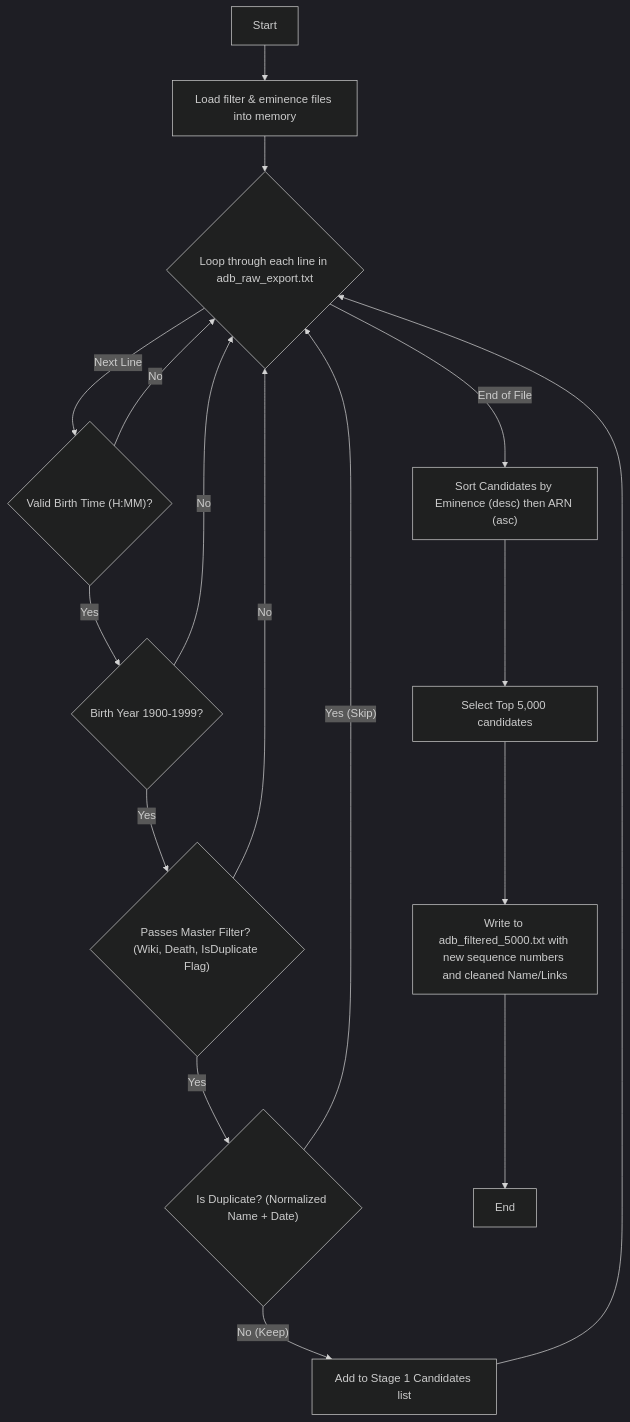
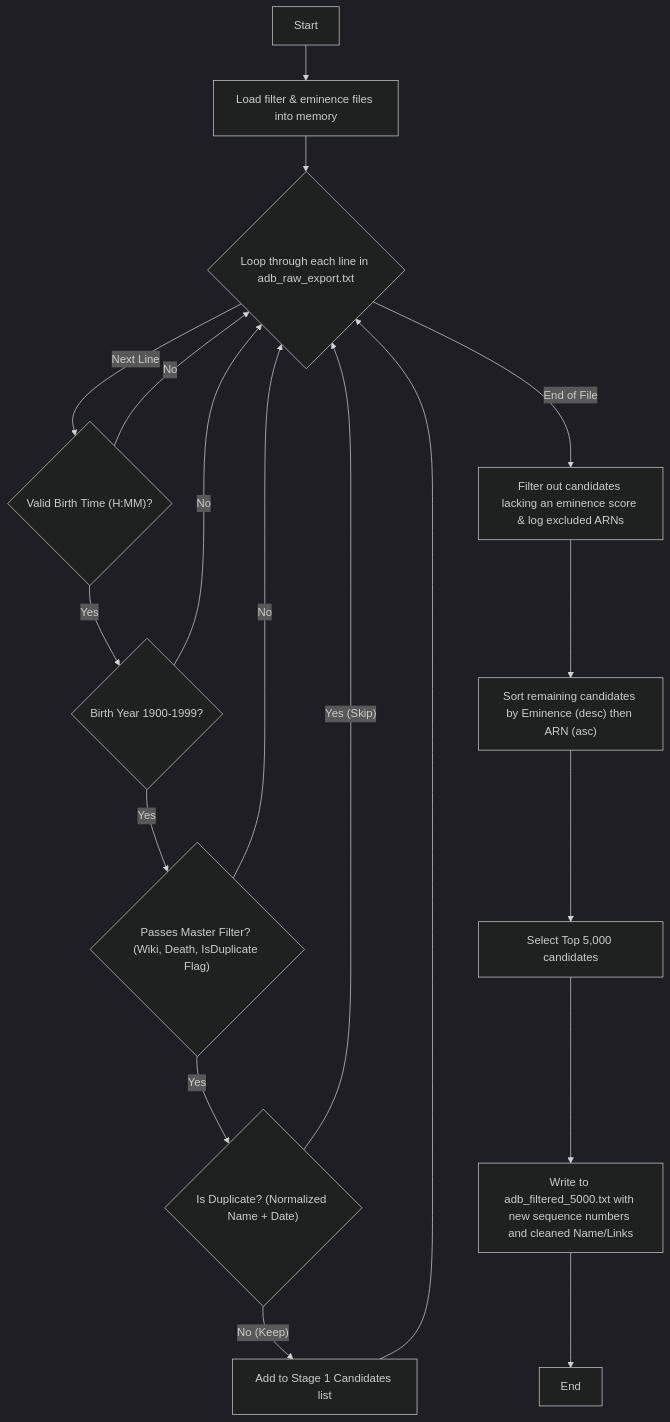
The diagram in docs/diagrams/logic_prep_filtering.mmd (peterjmarko/llm-narrative-framework), drawn with Mermaid (dark theme) before and after one commit. The commit also changed 9 other files, not shown here.

```diff
--- a/docs/diagrams/logic_prep_filtering.mmd
+++ b/docs/diagrams/logic_prep_filtering.mmd
@@ -1,17 +1,18 @@
 graph TD
     A[Start] --> B[Load filter & eminence files into memory];
     B --> C{Loop through each line in adb_raw_export.txt};
     C -- "Next Line" --> D{"Valid Birth Time (H:MM)?"};
     D -- No --> C;
     D -- Yes --> E{"Birth Year 1900-1999?"};
     E -- No --> C;
     E -- Yes --> F{"Passes Master Filter? (Wiki, Death, IsDuplicate Flag)"};
     F -- No --> C;
     F -- Yes --> F2{"Is Duplicate? (Normalized Name + Date)"};
     F2 -- "Yes (Skip)" --> C;
     F2 -- "No (Keep)" --> G[Add to Stage 1 Candidates list];
     G --> C;
-    C -- "End of File" --> H["Sort Candidates by Eminence (desc) then ARN (asc)"];
+    C -- "End of File" --> H0[Filter out candidates lacking an eminence score & log excluded ARNs];
+    H0 --> H["Sort remaining candidates by Eminence (desc) then ARN (asc)"];
     H --> I["Select Top 5,000 candidates"];
     I --> J["Write to adb_filtered_5000.txt with new sequence numbers and cleaned Name/Links"];
     J --> K[End];
```
